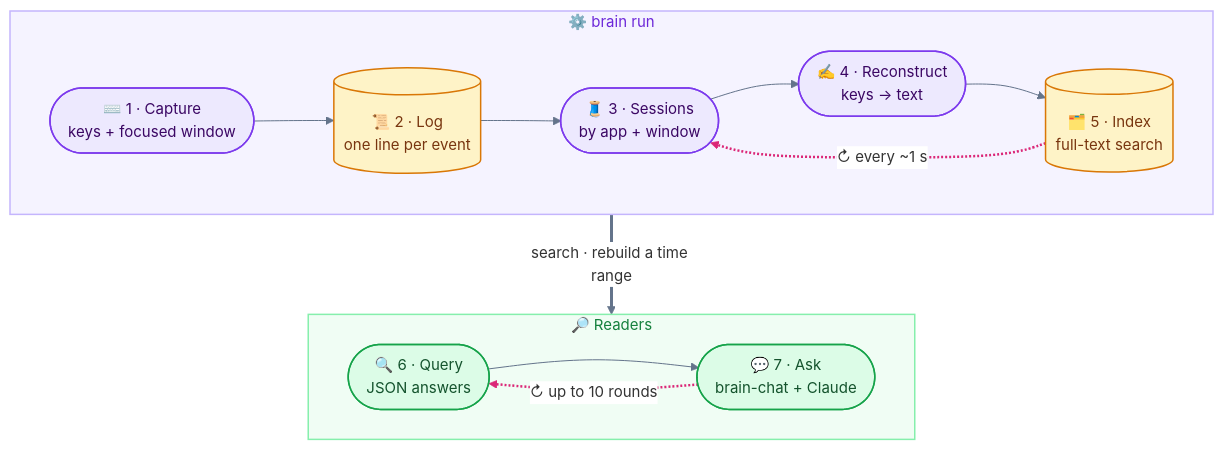
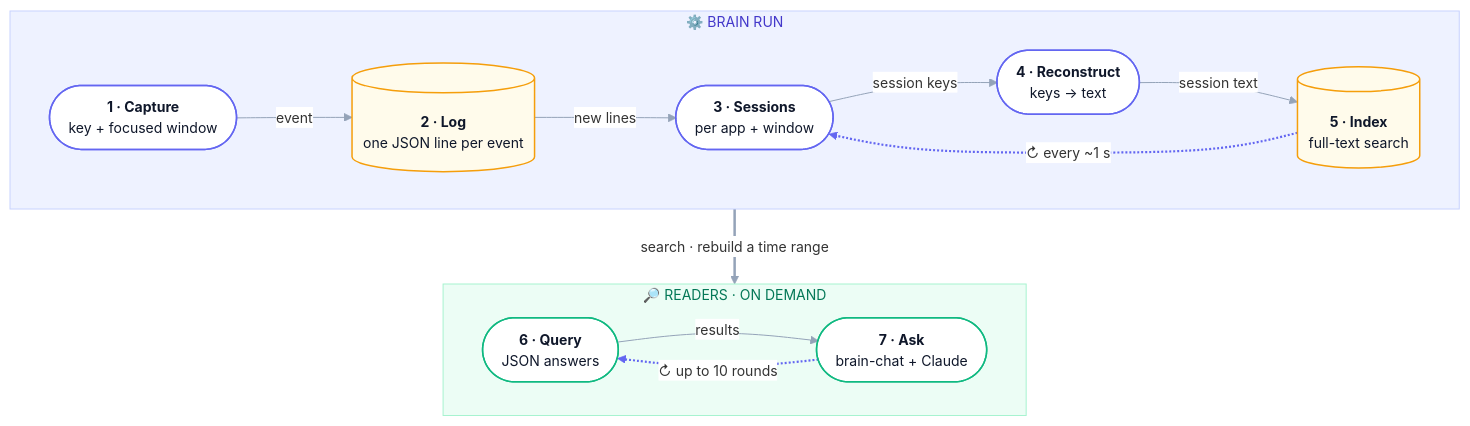
One commit to ChenOhana/shadow-assistant changed the second of 2 diagrams in DIAGRAMS.md. Above: the diagram before and after it, drawn with Mermaid. The commit also changed other lines of this file and 1 other file, not shown here.

First line of the commit message:
Make the diagrams more detailed and polished

````diff
--- a/DIAGRAMS.md
+++ b/DIAGRAMS.md
@@ -74,37 +105,40 @@
 ```mermaid
-%%{init: {"theme": "base", "themeVariables": {"fontSize": "15px", "lineColor": "#64748b", "edgeLabelBackground": "#ffffff"}, "flowchart": {"curve": "basis", "padding": 20, "nodeSpacing": 40, "rankSpacing": 55}}}%%
+%%{init: {"theme": "base", "themeVariables": {"fontSize": "14px", "lineColor": "#94a3b8", "edgeLabelBackground": "#ffffff", "textColor": "#334155"}, "flowchart": {"curve": "basis", "padding": 22, "nodeSpacing": 36, "rankSpacing": 54}}}%%
 flowchart TB
-    subgraph RUN["⚙️ brain run"]
+    subgraph RUN["⚙️  BRAIN RUN"]
         direction LR
-        S1(["⌨️ 1 · Capture<br/>keys + focused window"])
-        S2[("📜 2 · Log<br/>one line per event")]
-        S3(["🧵 3 · Sessions<br/>by app + window"])
-        S4(["✍️ 4 · Reconstruct<br/>keys → text"])
-        S5[("🗂️ 5 · Index<br/>full-text search")]
-        S1 --> S2 --> S3 --> S4 --> S5
+        S1(["<b>1 · Capture</b><br/>key + focused window"])
+        S2[("<b>2 · Log</b><br/>one JSON line per event")]
+        S3(["<b>3 · Sessions</b><br/>per app + window"])
+        S4(["<b>4 · Reconstruct</b><br/>keys → text"])
+        S5[("<b>5 · Index</b><br/>full-text search")]
+        S1 -->|"event"| S2
+        S2 -->|"new lines"| S3
+        S3 -->|"session keys"| S4
+        S4 -->|"session text"| S5
         S5 -.->|"↻ every ~1 s"| S3
     end
 
-    subgraph USE["🔎 Readers"]
+    subgraph USE["🔎  READERS · ON DEMAND"]
         direction LR
-        S6(["🔍 6 · Query<br/>JSON answers"])
-        S7(["💬 7 · Ask<br/>brain-chat + Claude"])
-        S6 --> S7
+        S6(["<b>6 · Query</b><br/>JSON answers"])
+        S7(["<b>7 · Ask</b><br/>brain-chat + Claude"])
+        S6 -->|"results"| S7
         S7 -.->|"↻ up to 10 rounds"| S6
     end
 
     RUN ==>|"search · rebuild a time range"| USE
 
-    classDef proc fill:#ede9fe,stroke:#7c3aed,stroke-width:1.5px,color:#3b0764
-    classDef store fill:#fef3c7,stroke:#d97706,stroke-width:1.5px,color:#78350f
-    classDef read fill:#dcfce7,stroke:#16a34a,stroke-width:1.5px,color:#14532d
+    classDef proc fill:#ffffff,stroke:#6366f1,stroke-width:1.5px,color:#0f172a
+    classDef store fill:#fffbeb,stroke:#f59e0b,stroke-width:1.5px,color:#0f172a
+    classDef read fill:#ffffff,stroke:#10b981,stroke-width:1.5px,color:#0f172a
     class S1,S3,S4 proc
     class S2,S5 store
     class S6,S7 read
 
-    style RUN fill:#f5f3ff,stroke:#c4b5fd,stroke-width:1.5px,color:#6d28d9
-    style USE fill:#f0fdf4,stroke:#86efac,stroke-width:1.5px,color:#15803d
+    style RUN fill:#eef2ff,stroke:#c7d2fe,color:#4338ca
+    style USE fill:#ecfdf5,stroke:#a7f3d0,color:#047857
 
-    linkStyle 4,6 stroke:#db2777,stroke-width:2.5px
-    linkStyle 7 stroke:#64748b,stroke-width:3px
+    linkStyle 4,6 stroke:#6366f1,stroke-width:2.2px
+    linkStyle 7 stroke:#94a3b8,stroke-width:2.5px
 ```
````
